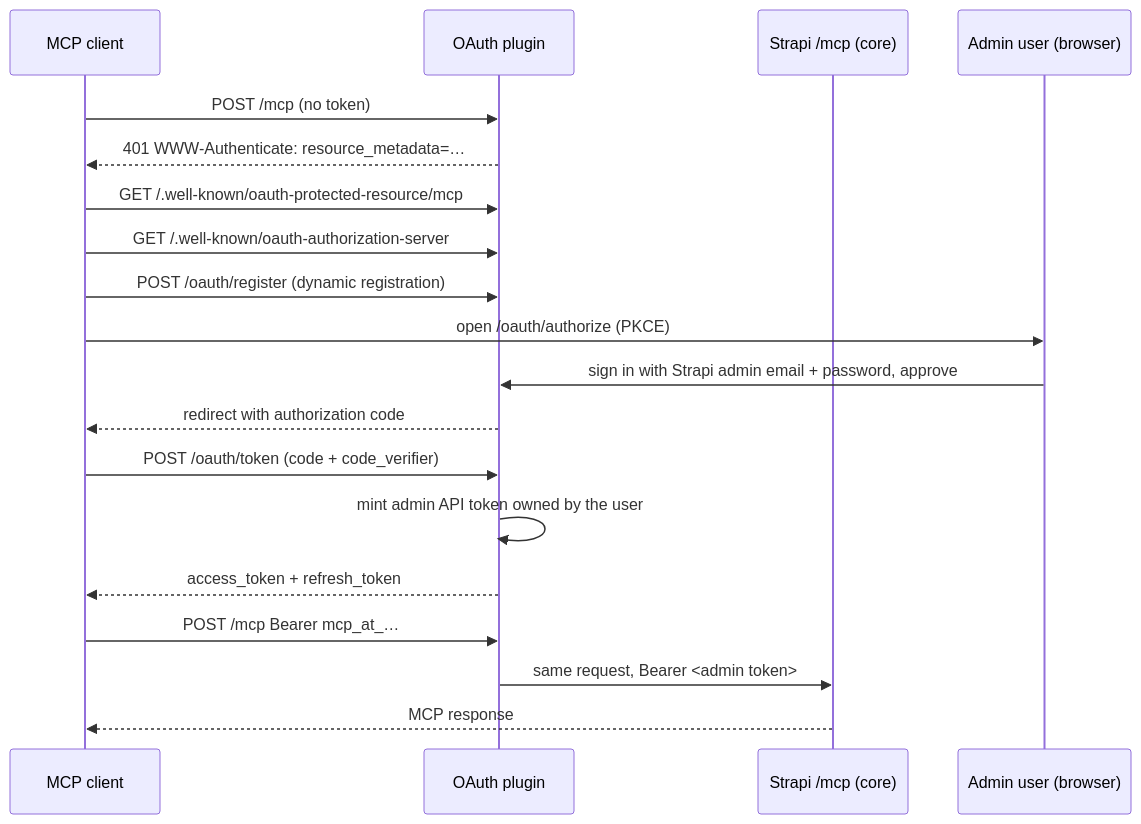
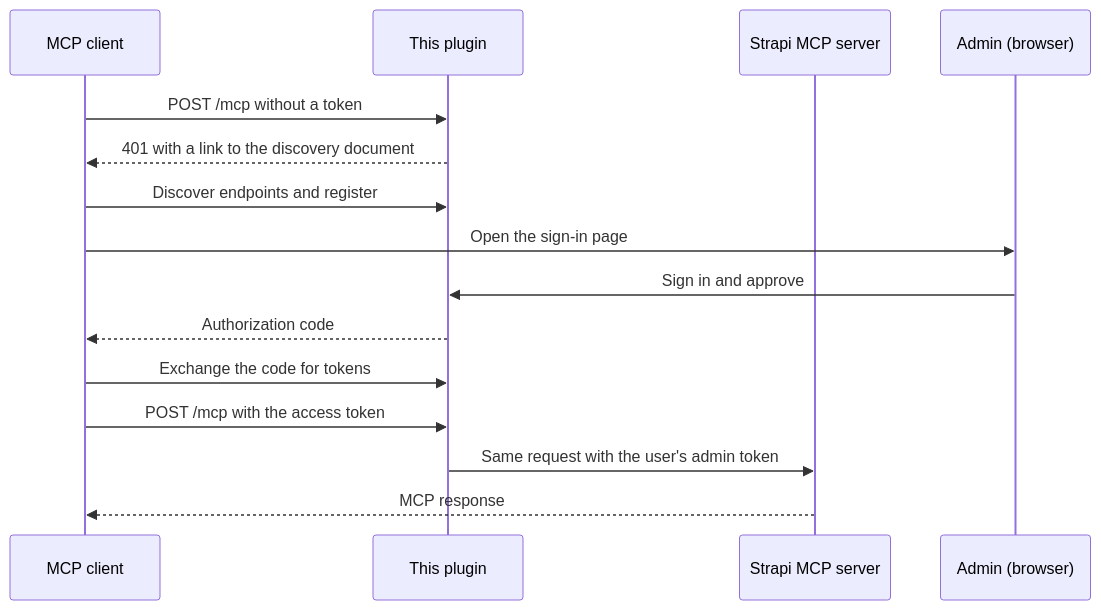
One commit to PaulBratslavsky/strapi-oauth-mcp-manager changed the diagram in README.md. Above: the diagram before and after it, drawn with Mermaid. The commit also changed other lines of this file and 2 other files, not shown here.

First line of the commit message:
docs: rewrite README as a standalone guide to OAuth for Strapi MCP

````diff
--- a/README.md
+++ b/README.md
@@ -95,22 +126,18 @@
 ```mermaid
 sequenceDiagram
     participant C as MCP client
-    participant P as OAuth plugin
-    participant S as Strapi /mcp (core)
-    participant U as Admin user (browser)
+    participant P as This plugin
+    participant S as Strapi MCP server
+    participant U as Admin (browser)
 
-    C->>P: POST /mcp (no token)
-    P-->>C: 401 WWW-Authenticate: resource_metadata=…
-    C->>P: GET /.well-known/oauth-protected-resource/mcp
-    C->>P: GET /.well-known/oauth-authorization-server
-    C->>P: POST /oauth/register (dynamic registration)
-    C->>U: open /oauth/authorize (PKCE)
-    U->>P: sign in with Strapi admin email + password, approve
-    P-->>C: redirect with authorization code
-    C->>P: POST /oauth/token (code + code_verifier)
-    P->>P: mint admin API token owned by the user
-    P-->>C: access_token + refresh_token
-    C->>P: POST /mcp Bearer mcp_at_…
-    P->>S: same request, Bearer <admin token>
+    C->>P: POST /mcp without a token
+    P-->>C: 401 with a link to the discovery document
+    C->>P: Discover endpoints and register
+    C->>U: Open the sign-in page
+    U->>P: Sign in and approve
+    P-->>C: Authorization code
+    C->>P: Exchange the code for tokens
+    C->>P: POST /mcp with the access token
+    P->>S: Same request with the user's admin token
     S-->>C: MCP response
 ```
````
